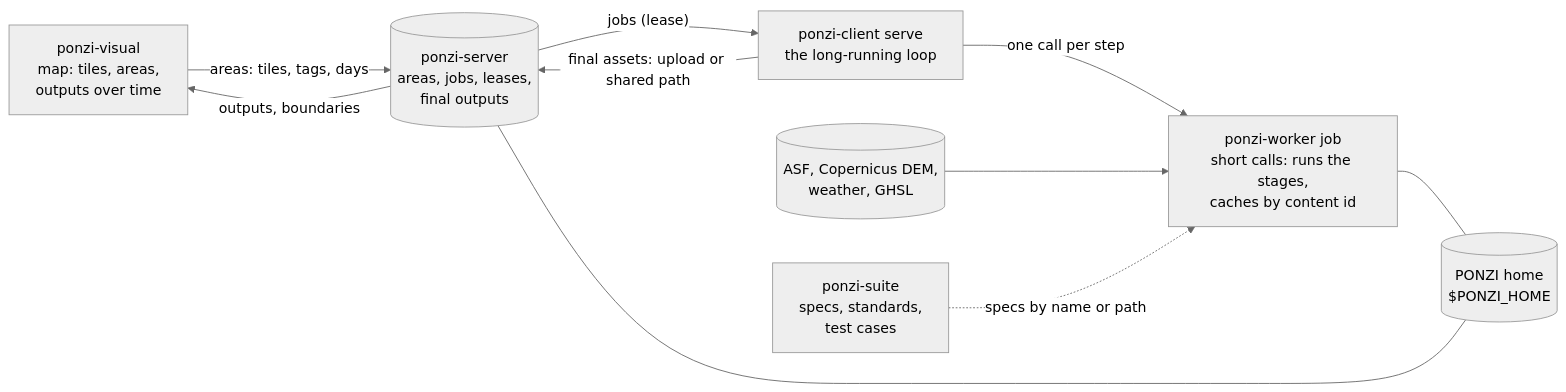
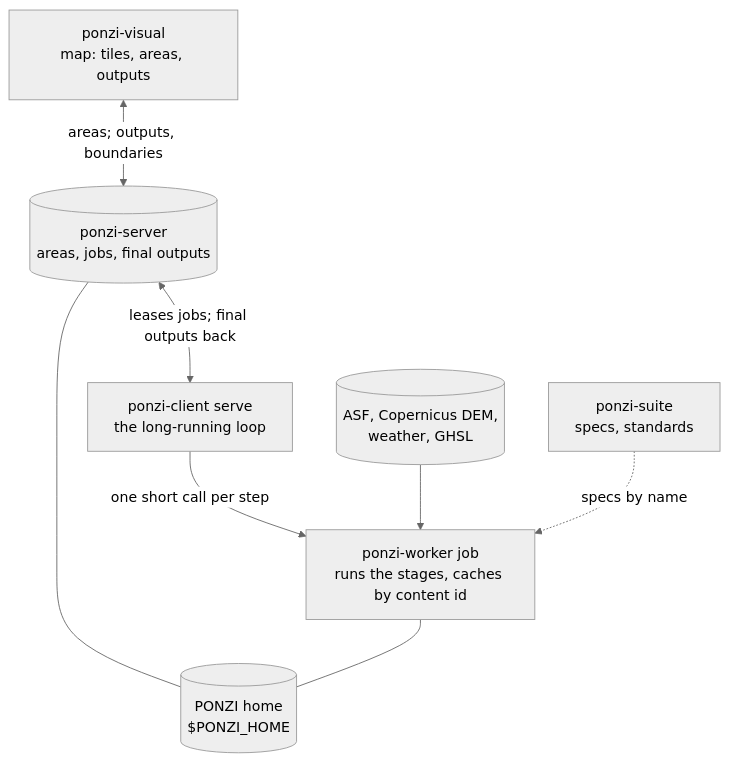
One commit to conflict-ecology/ponzi-suite changed the first of 5 diagrams in docs/method/workflows.md. Above: the diagram before and after it, drawn with Mermaid (neutral theme). The commit also changed other lines of this file and 77 other files, not shown here.

````diff
--- a/docs/method/workflows.md
+++ b/docs/method/workflows.md
@@ -109,19 +108,17 @@
 ```mermaid
-flowchart LR
-  suite["ponzi-suite<br/>specs, standards,<br/>test cases"]
-  visual["ponzi-visual<br/>map: tiles, areas,<br/>outputs over time"]
-  server[("ponzi-server<br/>areas, jobs, leases,<br/>final outputs")]
+flowchart TB
+  visual["ponzi-visual<br/>map: tiles, areas, outputs"]
+  server[("ponzi-server<br/>areas, jobs, final outputs")]
   client["ponzi-client serve<br/>the long-running loop"]
-  worker["ponzi-worker job<br/>short calls: runs the stages,<br/>caches by content id"]
+  worker["ponzi-worker job<br/>runs the stages, caches by content id"]
+  data[("ASF, Copernicus DEM,<br/>weather, GHSL")]
+  suite["ponzi-suite<br/>specs, standards"]
   home[("PONZI home<br/>$PONZI_HOME")]
-  data[("ASF, Copernicus DEM,<br/>weather, GHSL")]
-  visual -- "areas: tiles, tags, days" --> server
-  server -- "outputs, boundaries" --> visual
-  server -- "jobs (lease)" --> client
-  client -- "one call per step" --> worker
-  client -- "final assets: upload or shared path" --> server
+  visual <-- "areas; outputs, boundaries" --> server
+  server <-- "leases jobs; final outputs back" --> client
+  client -- "one short call per step" --> worker
   data --> worker
+  suite -. "specs by name" .-> worker
+  server --- home
   worker --- home
-  server --- home
-  suite -. "specs by name or path" .-> worker
 ```
````
